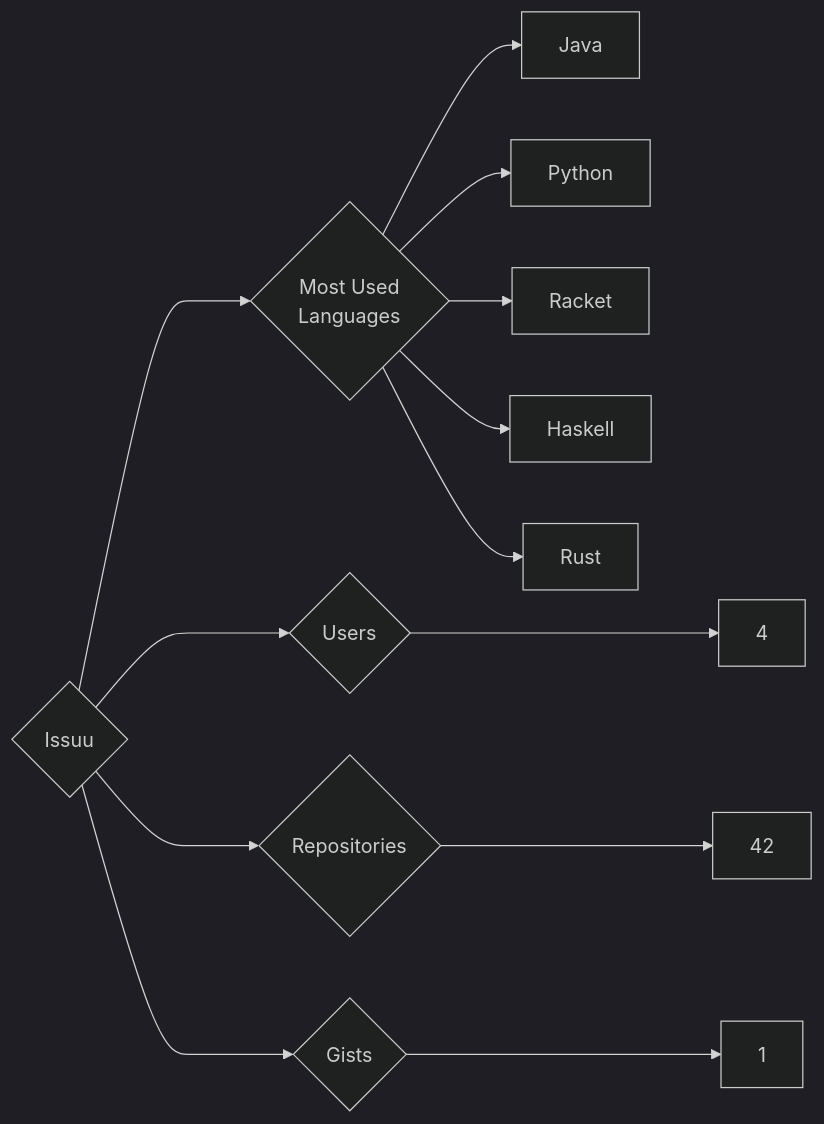
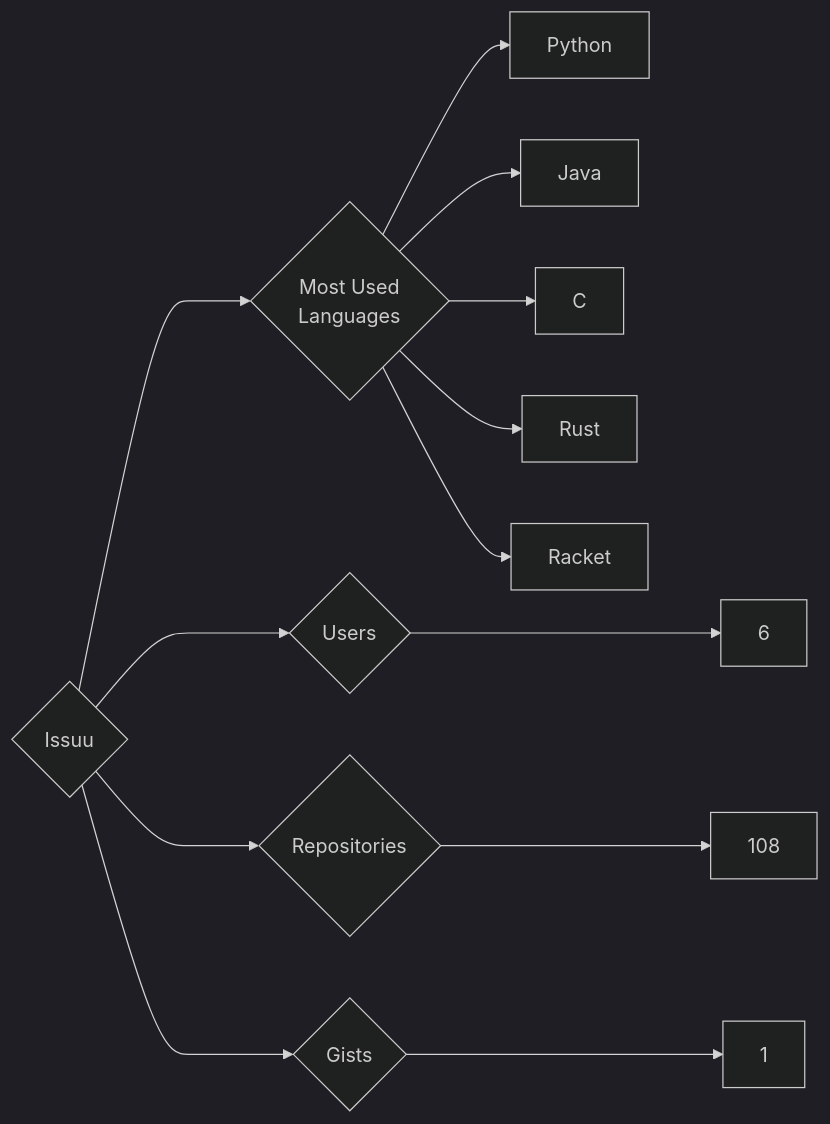
One commit to trickest/insiders changed the diagram in targets/Issuu/README.md. Above: the diagram before and after it, drawn with Mermaid (dark theme). The commit also changed 1238 other files, not shown here.

````diff
--- a/targets/Issuu/README.md
+++ b/targets/Issuu/README.md
@@ -3,13 +3,13 @@
 ```mermaid
 graph LR
 COMPANY_NAME{Issuu}
-COMPANY_NAME ---> U{Users} ---> UN[4]
-COMPANY_NAME ---> R{Repositories} ---> RN[42]
+COMPANY_NAME ---> U{Users} ---> UN[6]
+COMPANY_NAME ---> R{Repositories} ---> RN[108]
 COMPANY_NAME ---> G{Gists} ---> GN[1]
 COMPANY_NAME ---> ML{Most Used<br>Languages}
+ML --> Python[Python]
 ML --> Java[Java]
-ML --> Python[Python]
+ML --> C[C]
+ML --> Rust[Rust]
 ML --> Racket[Racket]
-ML --> Haskell[Haskell]
-ML --> Rust[Rust]
 ```
````
